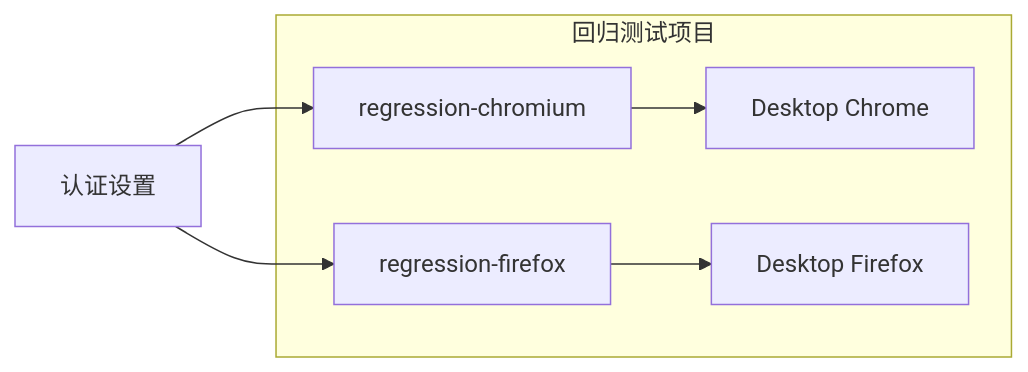
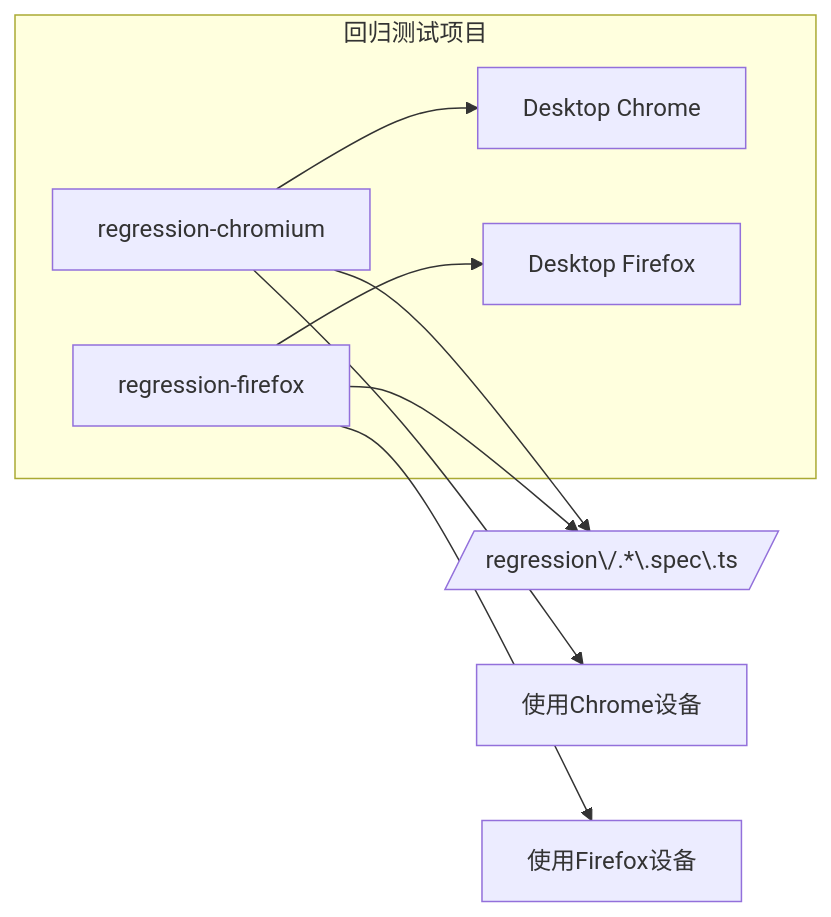
Before and after one commit to zzgoviziwind/--playwright: the third of 16 diagrams in .qoder/repowiki/zh/content/测试框架配置/Playwright配置详解.md, drawn with Mermaid. The commit also changed other lines of this file and 112 other files, not shown here.

````diff
--- a/.qoder/repowiki/zh/content/测试框架配置/Playwright配置详解.md
+++ b/.qoder/repowiki/zh/content/测试框架配置/Playwright配置详解.md
@@ -155,9 +164,11 @@
 ```mermaid
 graph LR
 subgraph "回归测试项目"
 RC[regression-chromium] --> Chrome[Desktop Chrome]
 RF[regression-firefox] --> Firefox[Desktop Firefox]
 end
-Setup[认证设置] --> RC
-Setup --> RF
+RC --> MatchRegression[/regression\/.*\.spec\.ts/]
+RF --> MatchRegression
+RC --> UsesChrome[使用Chrome设备]
+RF --> UsesFirefox[使用Firefox设备]
 ```
````
